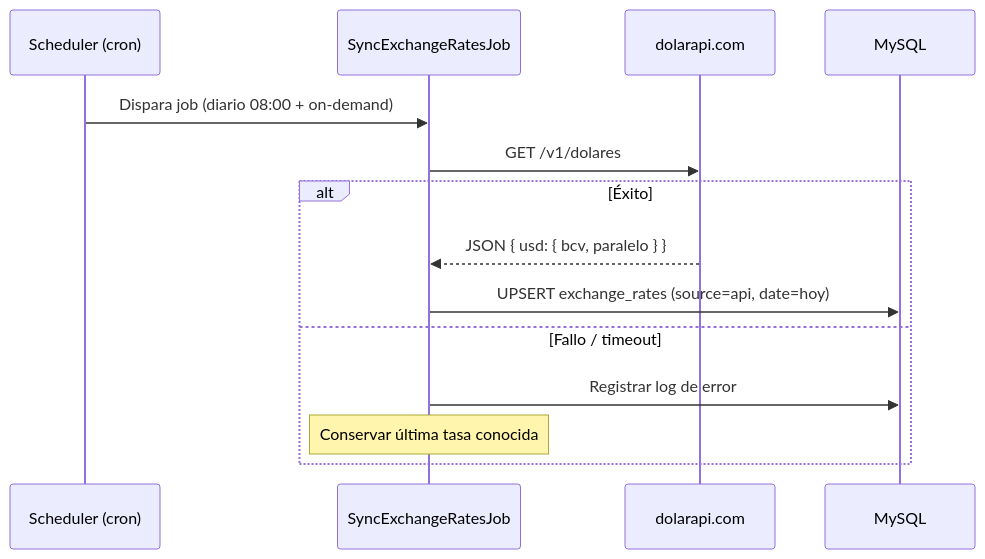
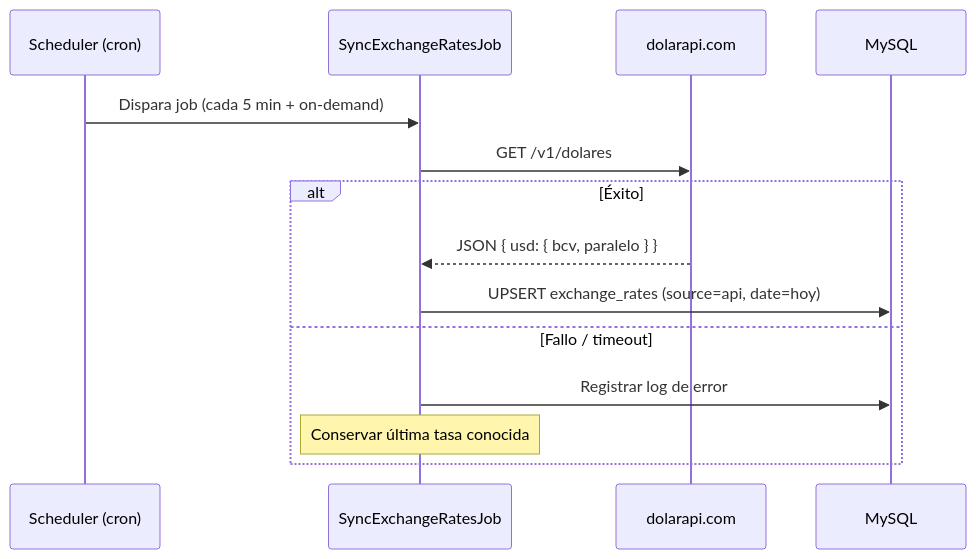
One commit to SuricatoAviones/spentz-trackr changed the third of 3 diagrams in docs/04-arquitectura.md. Above: the diagram before and after it, drawn with Mermaid. The commit also changed other lines of this file and 191 other files, not shown here.

````diff
--- a/docs/04-arquitectura.md
+++ b/docs/04-arquitectura.md
@@ -67,17 +67,17 @@
 ```mermaid
 sequenceDiagram
     participant S as Scheduler (cron)
     participant T as SyncExchangeRatesJob
     participant A as dolarapi.com
     participant DB as MySQL
 
-    S->>T: Dispara job (diario 08:00 + on-demand)
+    S->>T: Dispara job (cada 5 min + on-demand)
     T->>A: GET /v1/dolares
     alt Éxito
         A-->>T: JSON { usd: { bcv, paralelo } }
         T->>DB: UPSERT exchange_rates (source=api, date=hoy)
     else Fallo / timeout
         T->>DB: Registrar log de error
         Note over T: Conservar última tasa conocida
     end
 ```
````
